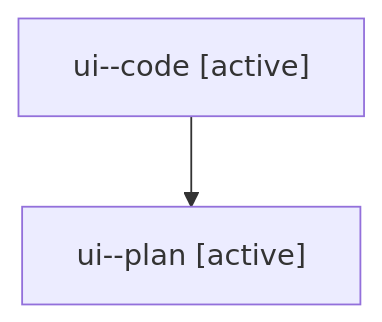
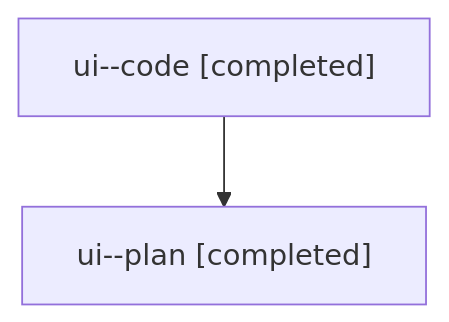
The diagram in families/bbugyi200.athena.ui.md (sase-org/sase--agents), drawn with Mermaid before and after one commit. The commit also changed other lines of this file and 19 other files, not shown here.

````diff
--- a/families/bbugyi200.athena.ui.md
+++ b/families/bbugyi200.athena.ui.md
@@ -9,6 +9,6 @@
 ```mermaid
 flowchart TD
-  n0["ui--code [active]"]
-  n1["ui--plan [active]"]
+  n0["ui--code [completed]"]
+  n1["ui--plan [completed]"]
   n0 --> n1
 ```
````
